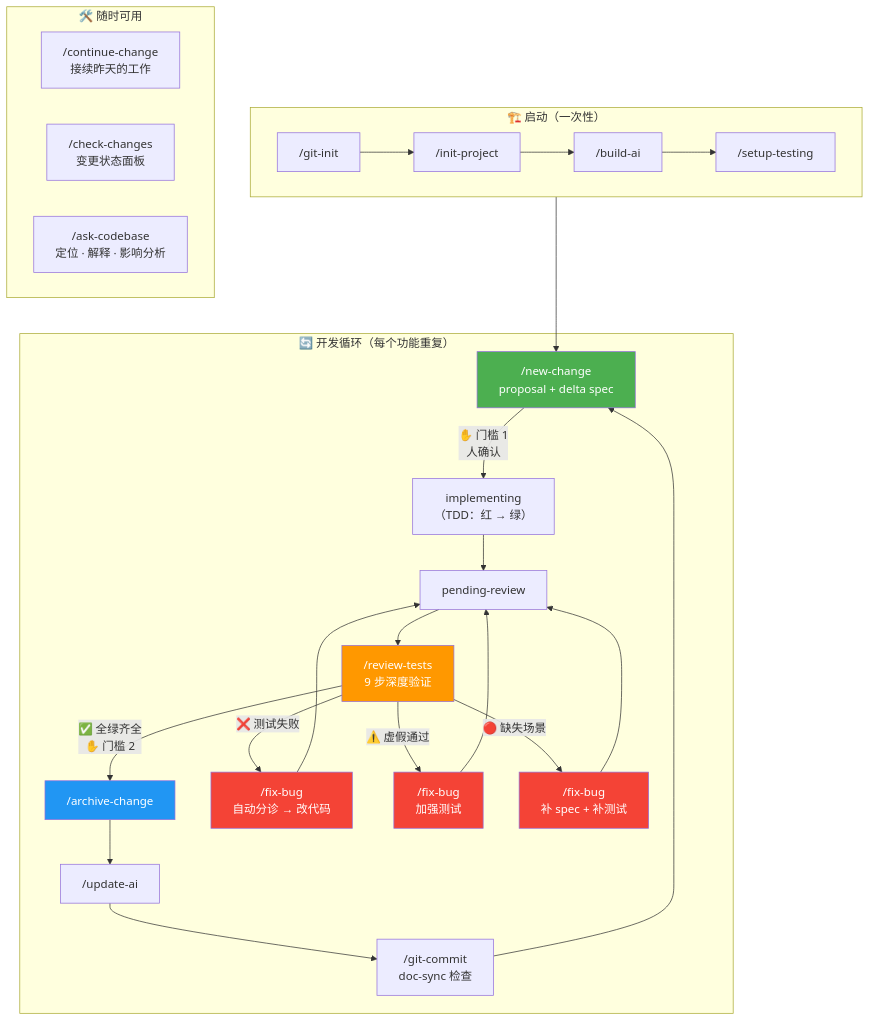
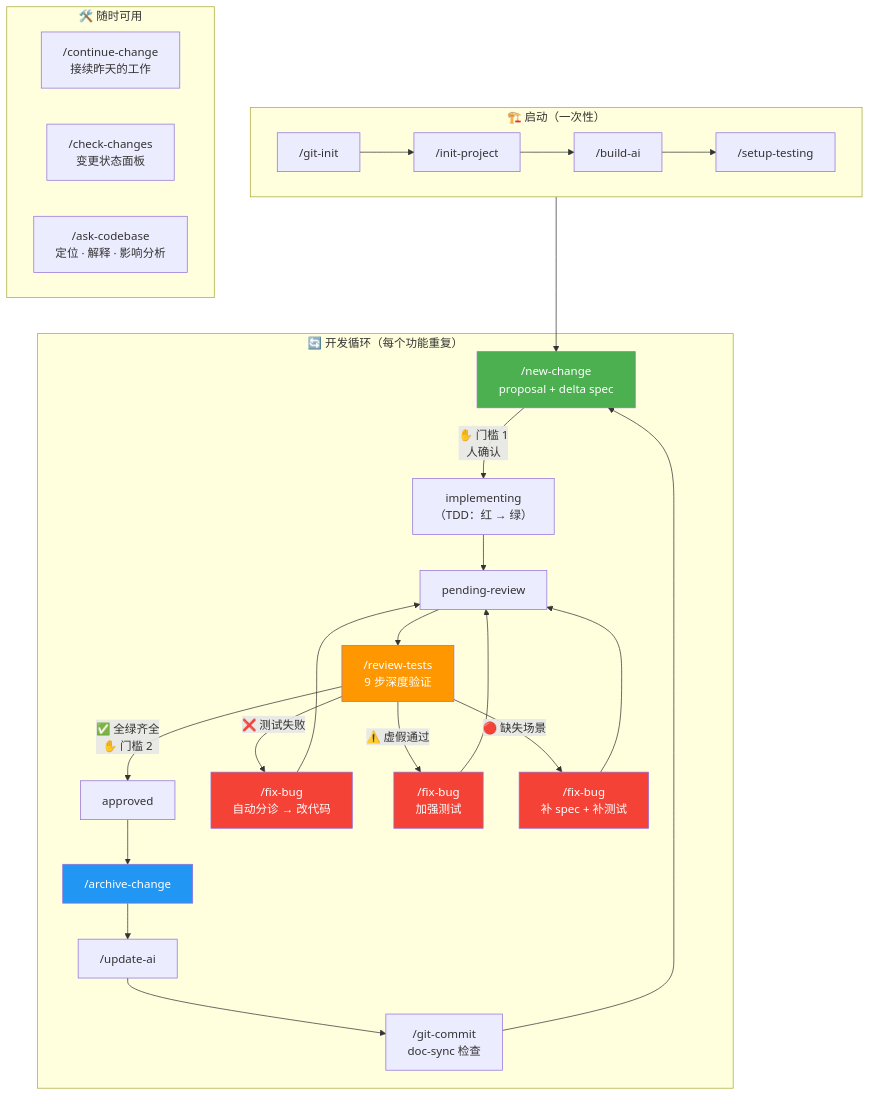
One commit to icelemon-czy/project-compass changed the second of 4 diagrams in README.zh.md. Above: the diagram before and after it, drawn with Mermaid. The commit also changed other lines of this file and 13 other files, not shown here.

First line of the commit message:
docs(workflow): align approved and archive states

````diff
--- a/README.zh.md
+++ b/README.zh.md
@@ -393,43 +393,46 @@
 ```mermaid
 flowchart TD
     subgraph Bootstrap["🏗️ 启动（一次性）"]
         GI["/git-init"] --> IP["/init-project"]
         IP --> BA["/build-ai"]
         BA --> ST["/setup-testing"]
     end
 
     subgraph DevLoop["🔄 开发循环（每个功能重复）"]
         NC["/new-change<br/>proposal + delta spec"]
         NC -->|"✋ 门槛 1<br/>人确认"| IMPL["implementing<br/>（TDD：红 → 绿）"]
         IMPL --> PR["pending-review"]
         PR --> RT["/review-tests<br/>9 步深度验证"]
+        AP["approved"]
 
-        RT -->|"✅ 全绿齐全<br/>✋ 门槛 2"| AC["/archive-change"]
+        RT -->|"✅ 全绿齐全<br/>✋ 门槛 2"| AP
         RT -->|"❌ 测试失败"| FB1["/fix-bug<br/>自动分诊 → 改代码"]
         RT -->|"⚠️ 虚假通过"| FB2["/fix-bug<br/>加强测试"]
         RT -->|"🔴 缺失场景"| FB3["/fix-bug<br/>补 spec + 补测试"]
 
         FB1 --> PR
         FB2 --> PR
         FB3 --> PR
+
+        AP --> AC["/archive-change"]
 
         AC --> UA["/update-ai"]
         UA --> GC["/git-commit<br/>doc-sync 检查"]
     end
 
     subgraph Utility["🛠️ 随时可用"]
         CC["/continue-change<br/>接续昨天的工作"]
         CK["/check-changes<br/>变更状态面板"]
         AQ["/ask-codebase<br/>定位 · 解释 · 影响分析"]
     end
 
     Bootstrap --> NC
     GC --> NC
 
     style NC fill:#4CAF50,color:#fff
     style RT fill:#FF9800,color:#fff
     style AC fill:#2196F3,color:#fff
     style FB1 fill:#f44336,color:#fff
     style FB2 fill:#f44336,color:#fff
     style FB3 fill:#f44336,color:#fff
 ```
````
